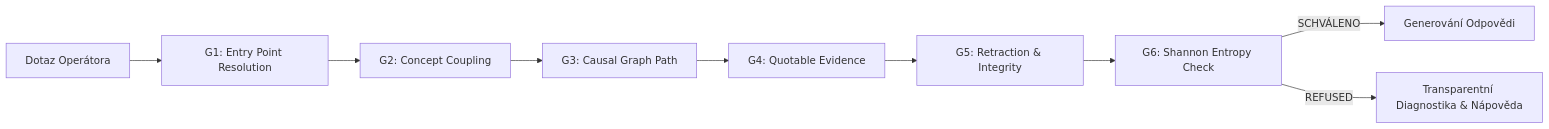
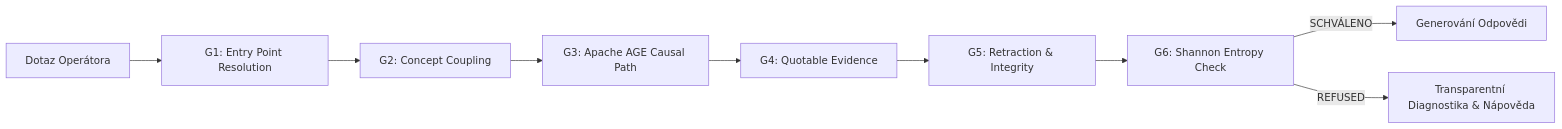
Before and after one commit to suseto-ui/OMNIS_00: the second of 3 diagrams in README.md, drawn with Mermaid. The commit also changed other lines of this file and 31 other files, not shown here.

First line of the commit message:
refactor: transition to PostgreSQL 17 and Apache AGE

````diff
--- a/README.md
+++ b/README.md
@@ -100,11 +100,11 @@
 ```mermaid
 flowchart LR
     Q[Dotaz Operátora] --> G1[G1: Entry Point Resolution]
     G1 --> G2[G2: Concept Coupling]
-    G2 --> G3[G3: Causal Graph Path]
+    G2 --> G3[G3: Apache AGE Causal Path]
     G3 --> G4[G4: Quotable Evidence]
     G4 --> G5[G5: Retraction & Integrity]
     G5 --> G6[G6: Shannon Entropy Check]
     G6 -->|SCHVÁLENO| EXEC[Generování Odpovědi]
     G6 -->|REFUSED| REF[Transparentní Diagnostika & Nápověda]
 ```
````
